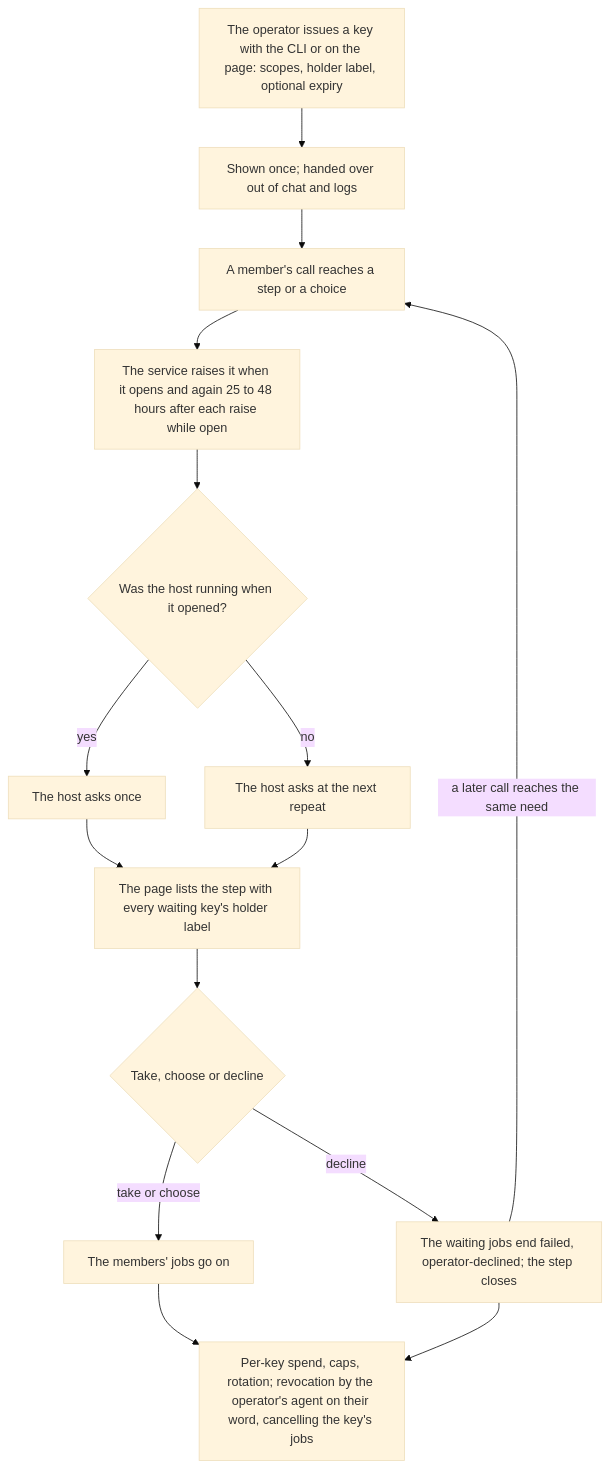
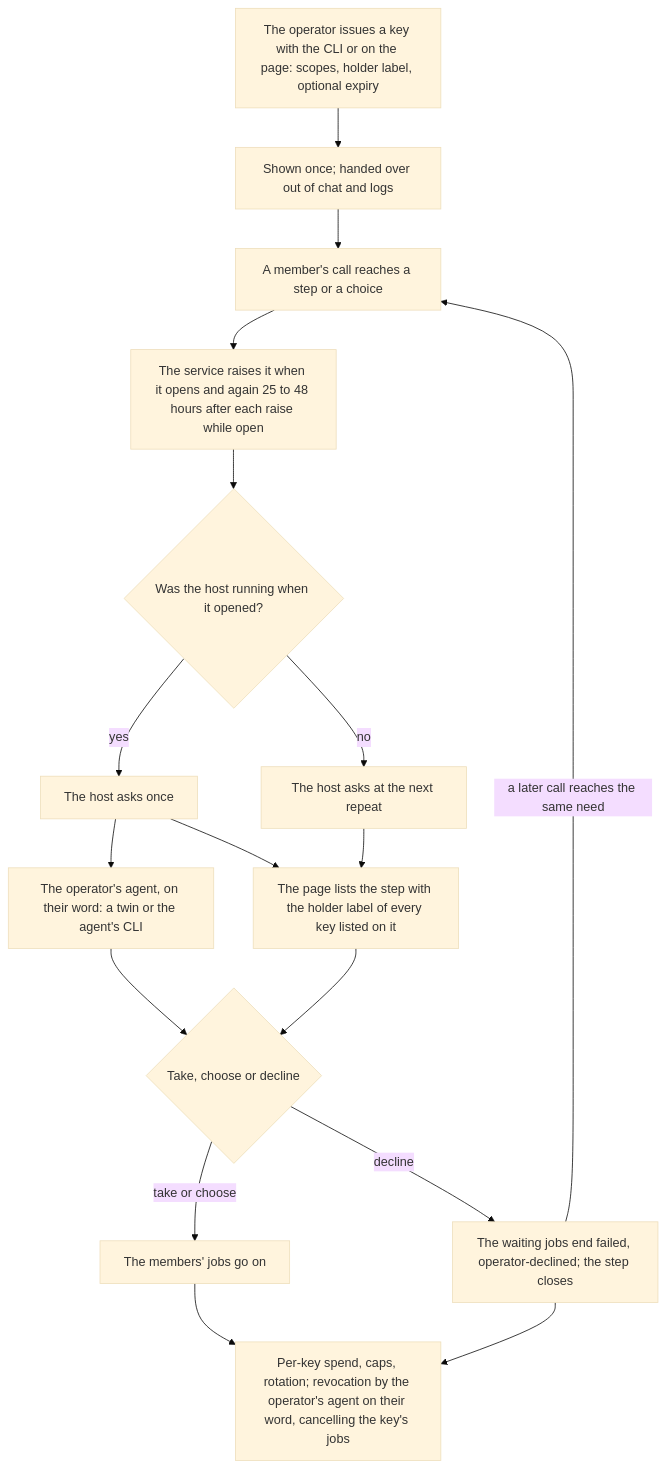
One commit to passioncode-ai/fabric-agent-contract changed diagram 36 of 36 in docs/ux/flows.md. Above: the diagram before and after it, drawn with Mermaid (base theme). The commit also changed other lines of this file and 7 other files, not shown here.

Commit message:
DEC-0159 round 19 folded: the CLI, not the key twin, caps, rescopes and raises; an approval/1 asks the operator; jobs keyed by their client key; a step's need checked again before each repeat

````diff
--- a/docs/ux/flows.md
+++ b/docs/ux/flows.md
@@ -967,17 +967,19 @@
 ```mermaid
 flowchart TD
   I[The operator issues a key with the CLI or on the page: scopes, holder label, optional expiry] --> H[Shown once; handed over out of chat and logs]
   H --> C[A member's call reaches a step or a choice]
   C --> E[The service raises it when it opens and again 25 to 48 hours after each raise while open]
   E --> A{Was the host running when it opened?}
   A -->|yes| K[The host asks once]
   A -->|no| N[The host asks at the next repeat]
-  K --> P[The page lists the step with every waiting key's holder label]
+  K --> P[The page lists the step with the holder label of every key listed on it]
+  K --> O[The operator's agent, on their word: a twin or the agent's CLI]
+  O --> D
   N --> P
   P --> D{Take, choose or decline}
   D -->|take or choose| G[The members' jobs go on]
   D -->|decline| X[The waiting jobs end failed, operator-declined; the step closes]
   X -->|a later call reaches the same need| C
   G --> R[Per-key spend, caps, rotation; revocation by the operator's agent on their word, cancelling the key's jobs]
   X --> R
 ```
````
